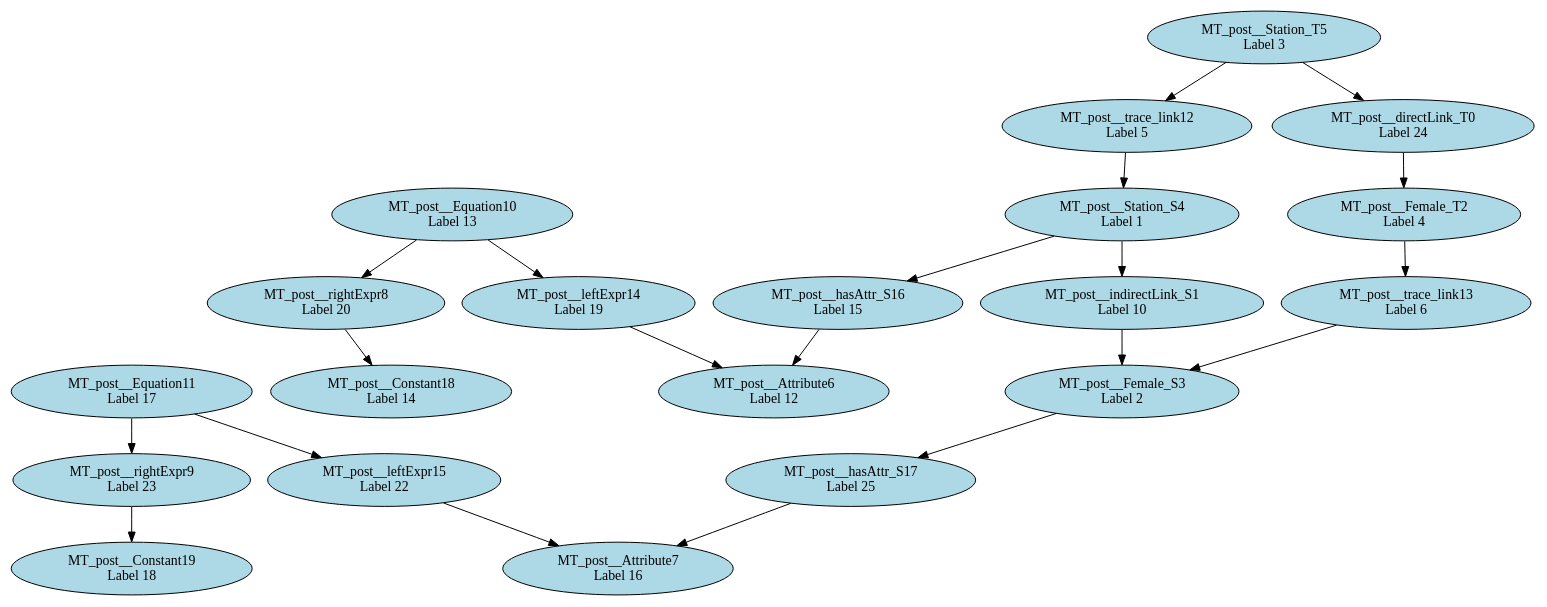
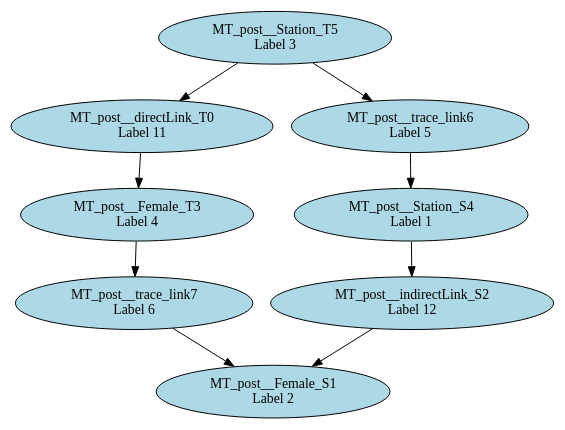
One commit to levilucio/SyVOLT changed the diagram in dot/ruleCombinator_rewrite_HSF2SF_combine_0RHS.dot. Above: the diagram before and after it, drawn with Graphviz. The commit also changed 30 other files, not shown here.

```diff
--- a/dot/ruleCombinator_rewrite_HSF2SF_combine_0RHS.dot
+++ b/dot/ruleCombinator_rewrite_HSF2SF_combine_0RHS.dot
@@ -1,42 +1,18 @@
 digraph ruleCombinator_rewrite_HSF2SF_combine_0RHS {
-"MT_post__directLink_T0\n Label 24" [style=filled, fillcolor=lightblue];
-"MT_post__indirectLink_S1\n Label 10" [style=filled, fillcolor=lightblue];
-"MT_post__Female_T2\n Label 4" [style=filled, fillcolor=lightblue];
-"MT_post__Female_S3\n Label 2" [style=filled, fillcolor=lightblue];
+"MT_post__directLink_T0\n Label 11" [style=filled, fillcolor=lightblue];
+"MT_post__Female_S1\n Label 2" [style=filled, fillcolor=lightblue];
+"MT_post__indirectLink_S2\n Label 12" [style=filled, fillcolor=lightblue];
+"MT_post__Female_T3\n Label 4" [style=filled, fillcolor=lightblue];
 "MT_post__Station_S4\n Label 1" [style=filled, fillcolor=lightblue];
 "MT_post__Station_T5\n Label 3" [style=filled, fillcolor=lightblue];
-"MT_post__Attribute6\n Label 12" [style=filled, fillcolor=lightblue];
-"MT_post__Attribute7\n Label 16" [style=filled, fillcolor=lightblue];
-"MT_post__rightExpr8\n Label 20" [style=filled, fillcolor=lightblue];
-"MT_post__rightExpr9\n Label 23" [style=filled, fillcolor=lightblue];
-"MT_post__Equation10\n Label 13" [style=filled, fillcolor=lightblue];
-"MT_post__Equation11\n Label 17" [style=filled, fillcolor=lightblue];
-"MT_post__trace_link12\n Label 5" [style=filled, fillcolor=lightblue];
-"MT_post__trace_link13\n Label 6" [style=filled, fillcolor=lightblue];
-"MT_post__leftExpr14\n Label 19" [style=filled, fillcolor=lightblue];
-"MT_post__leftExpr15\n Label 22" [style=filled, fillcolor=lightblue];
-"MT_post__hasAttr_S16\n Label 15" [style=filled, fillcolor=lightblue];
-"MT_post__hasAttr_S17\n Label 25" [style=filled, fillcolor=lightblue];
-"MT_post__Constant18\n Label 14" [style=filled, fillcolor=lightblue];
-"MT_post__Constant19\n Label 18" [style=filled, fillcolor=lightblue];
-"MT_post__hasAttr_S16\n Label 15" -> "MT_post__Attribute6\n Label 12";
-"MT_post__leftExpr14\n Label 19" -> "MT_post__Attribute6\n Label 12";
-"MT_post__hasAttr_S17\n Label 25" -> "MT_post__Attribute7\n Label 16";
-"MT_post__leftExpr15\n Label 22" -> "MT_post__Attribute7\n Label 16";
-"MT_post__Station_T5\n Label 3" -> "MT_post__directLink_T0\n Label 24";
-"MT_post__directLink_T0\n Label 24" -> "MT_post__Female_T2\n Label 4";
-"MT_post__Equation10\n Label 13" -> "MT_post__rightExpr8\n Label 20";
-"MT_post__rightExpr8\n Label 20" -> "MT_post__Constant18\n Label 14";
-"MT_post__Equation11\n Label 17" -> "MT_post__rightExpr9\n Label 23";
-"MT_post__rightExpr9\n Label 23" -> "MT_post__Constant19\n Label 18";
-"MT_post__Equation10\n Label 13" -> "MT_post__leftExpr14\n Label 19";
-"MT_post__Equation11\n Label 17" -> "MT_post__leftExpr15\n Label 22";
-"MT_post__Station_T5\n Label 3" -> "MT_post__trace_link12\n Label 5";
-"MT_post__trace_link12\n Label 5" -> "MT_post__Station_S4\n Label 1";
-"MT_post__Female_T2\n Label 4" -> "MT_post__trace_link13\n Label 6";
-"MT_post__trace_link13\n Label 6" -> "MT_post__Female_S3\n Label 2";
-"MT_post__Station_S4\n Label 1" -> "MT_post__indirectLink_S1\n Label 10";
-"MT_post__indirectLink_S1\n Label 10" -> "MT_post__Female_S3\n Label 2";
-"MT_post__Female_S3\n Label 2" -> "MT_post__hasAttr_S17\n Label 25";
-"MT_post__Station_S4\n Label 1" -> "MT_post__hasAttr_S16\n Label 15";
+"MT_post__trace_link6\n Label 5" [style=filled, fillcolor=lightblue];
+"MT_post__trace_link7\n Label 6" [style=filled, fillcolor=lightblue];
+"MT_post__Station_T5\n Label 3" -> "MT_post__directLink_T0\n Label 11";
+"MT_post__directLink_T0\n Label 11" -> "MT_post__Female_T3\n Label 4";
+"MT_post__trace_link7\n Label 6" -> "MT_post__Female_S1\n Label 2";
+"MT_post__indirectLink_S2\n Label 12" -> "MT_post__Female_S1\n Label 2";
+"MT_post__Station_T5\n Label 3" -> "MT_post__trace_link6\n Label 5";
+"MT_post__trace_link6\n Label 5" -> "MT_post__Station_S4\n Label 1";
+"MT_post__Female_T3\n Label 4" -> "MT_post__trace_link7\n Label 6";
+"MT_post__Station_S4\n Label 1" -> "MT_post__indirectLink_S2\n Label 12";
 }
```
